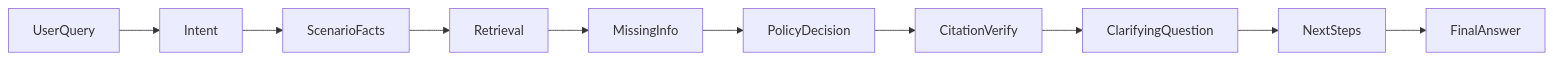
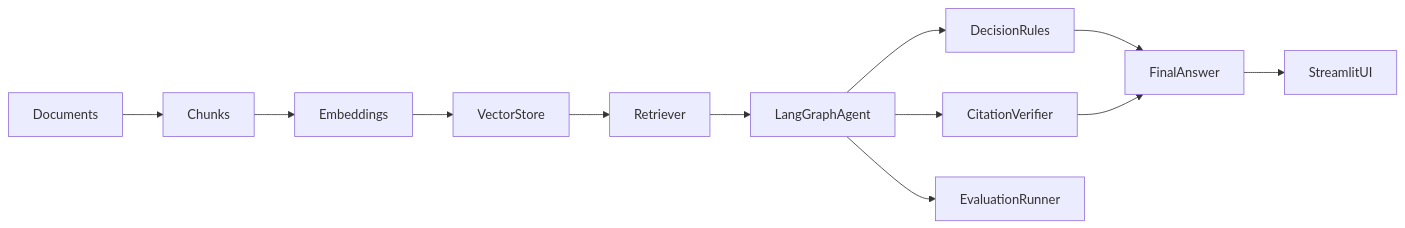
Before and after one commit to sybase91/policy-rag-assistant: the diagram in README.md, drawn with Mermaid. The commit also changed other lines of this file and 19 other files, not shown here.

Commit message:
Add Phase 3 LangGraph memory and evaluation dashboard

````diff
--- a/README.md
+++ b/README.md
@@ -246,12 +50,14 @@
 ```mermaid
 flowchart LR
-    userQuery[UserQuery] --> intent[Intent]
-    intent --> facts[ScenarioFacts]
-    facts --> retrieval[Retrieval]
-    retrieval --> missing[MissingInfo]
-    missing --> decision[PolicyDecision]
-    decision --> verify[CitationVerify]
-    verify --> clarify[ClarifyingQuestion]
-    clarify --> nextSteps[NextSteps]
-    nextSteps --> finalAnswer[FinalAnswer]
+    docs[Documents] --> chunks[Chunks]
+    chunks --> embed[Embeddings]
+    embed --> chroma[VectorStore]
+    chroma --> retrieve[Retriever]
+    retrieve --> langgraph[LangGraphAgent]
+    langgraph --> rules[DecisionRules]
+    langgraph --> cite[CitationVerifier]
+    rules --> answer[FinalAnswer]
+    cite --> answer
+    answer --> ui[StreamlitUI]
+    langgraph --> evals[EvaluationRunner]
 ```
````
